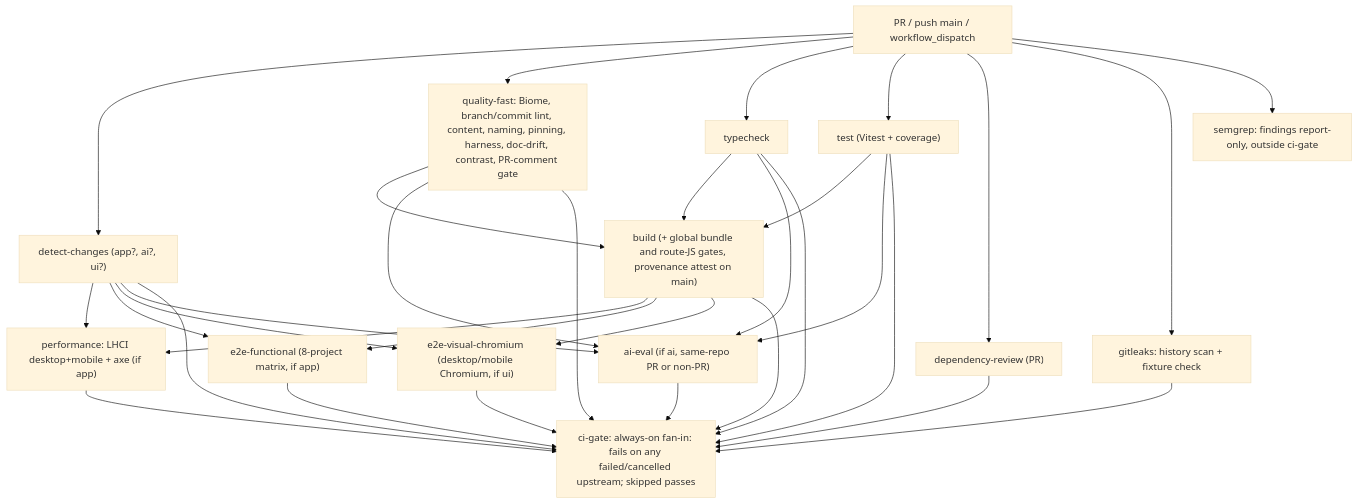
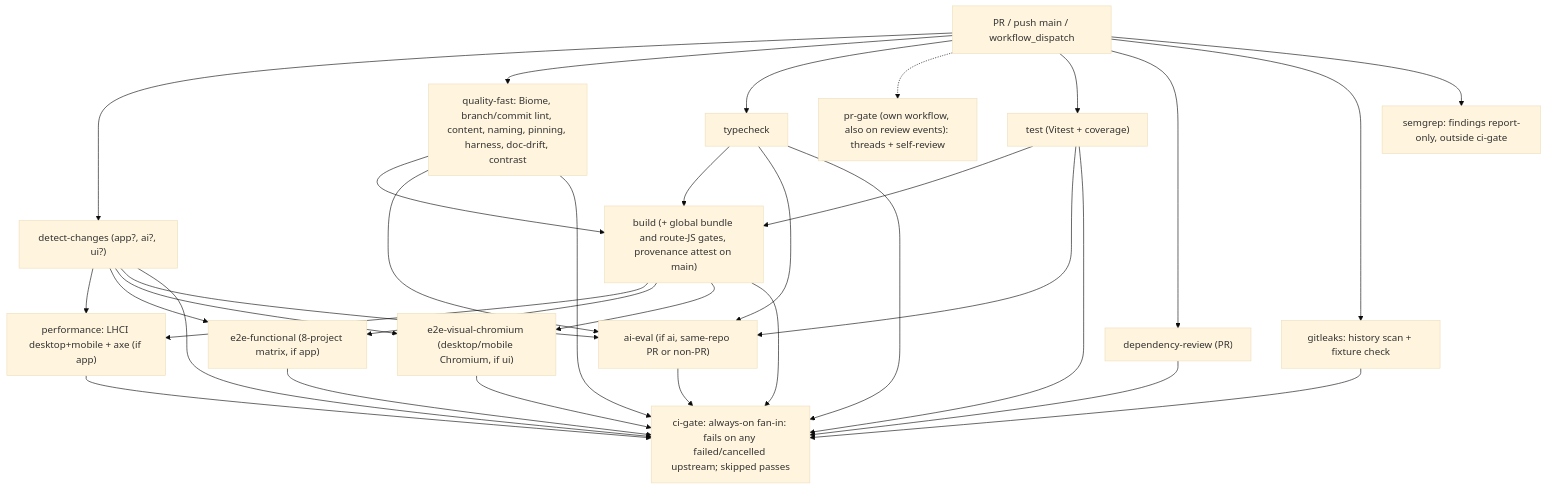
The second of 2 diagrams in docs/07-workflows.md (erikunha/portfolio), drawn with Mermaid (base theme) before and after one commit. The commit also changed other lines of this file and 22 other files, not shown here.

First line of the commit message:
fix(ci): run the PR gate on review events and close merge-guard gaps

````diff
--- a/docs/07-workflows.md
+++ b/docs/07-workflows.md
@@ -80,35 +80,36 @@
 ```mermaid
 flowchart TD
     pr["PR / push main / workflow_dispatch"] --> dc["detect-changes (app?, ai?, ui?)"]
-    pr --> qf["quality-fast: Biome, branch/commit lint, content, naming, pinning, harness, doc-drift, contrast, PR-comment gate"]
+    pr --> qf["quality-fast: Biome, branch/commit lint, content, naming, pinning, harness, doc-drift, contrast"]
     pr --> tc["typecheck"]
+    pr -.-> prg["pr-gate (own workflow, also on review events): threads + self-review"]
     pr --> t["test (Vitest + coverage)"]
     pr --> dr["dependency-review (PR)"]
     qf --> b["build (+ global bundle and route-JS gates, provenance attest on main)"]
     tc --> b
     t --> b
     b --> perf["performance: LHCI desktop+mobile + axe (if app)"]
     b --> e2e["e2e-functional (8-project matrix, if app)"]
     b --> vis["e2e-visual-chromium (desktop/mobile Chromium, if ui)"]
     dc --> perf
     dc --> e2e
     dc --> vis
     dc --> ev["ai-eval (if ai, same-repo PR or non-PR)"]
     qf --> ev
     tc --> ev
     t --> ev
     pr --> secrets["gitleaks: history scan + fixture check"]
     secrets --> gate
     pr --> semgrep["semgrep: findings report-only, outside ci-gate"]
     dc --> gate
     qf --> gate
     tc --> gate
     t --> gate
     dr --> gate
     b --> gate
     perf --> gate
     e2e --> gate
     vis --> gate
     ev --> gate
     gate["ci-gate: always-on fan-in: fails on any failed/cancelled upstream; skipped passes"]
 ```
````
